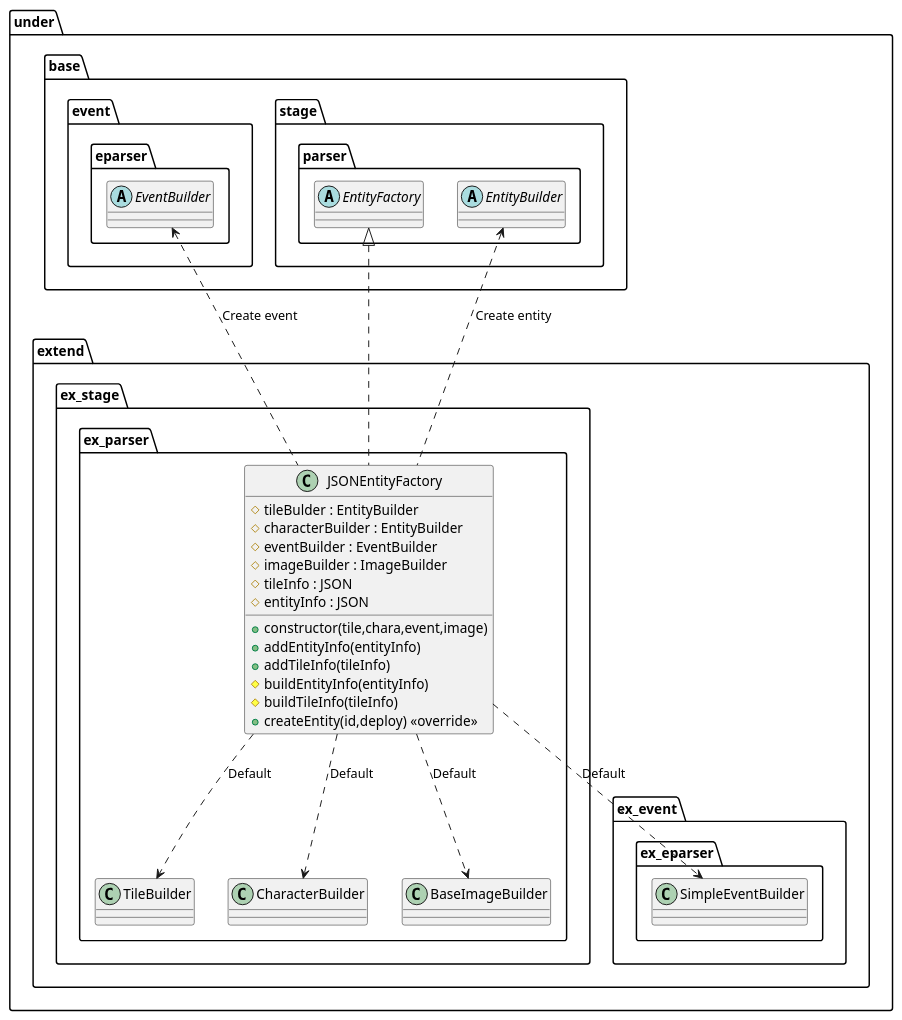
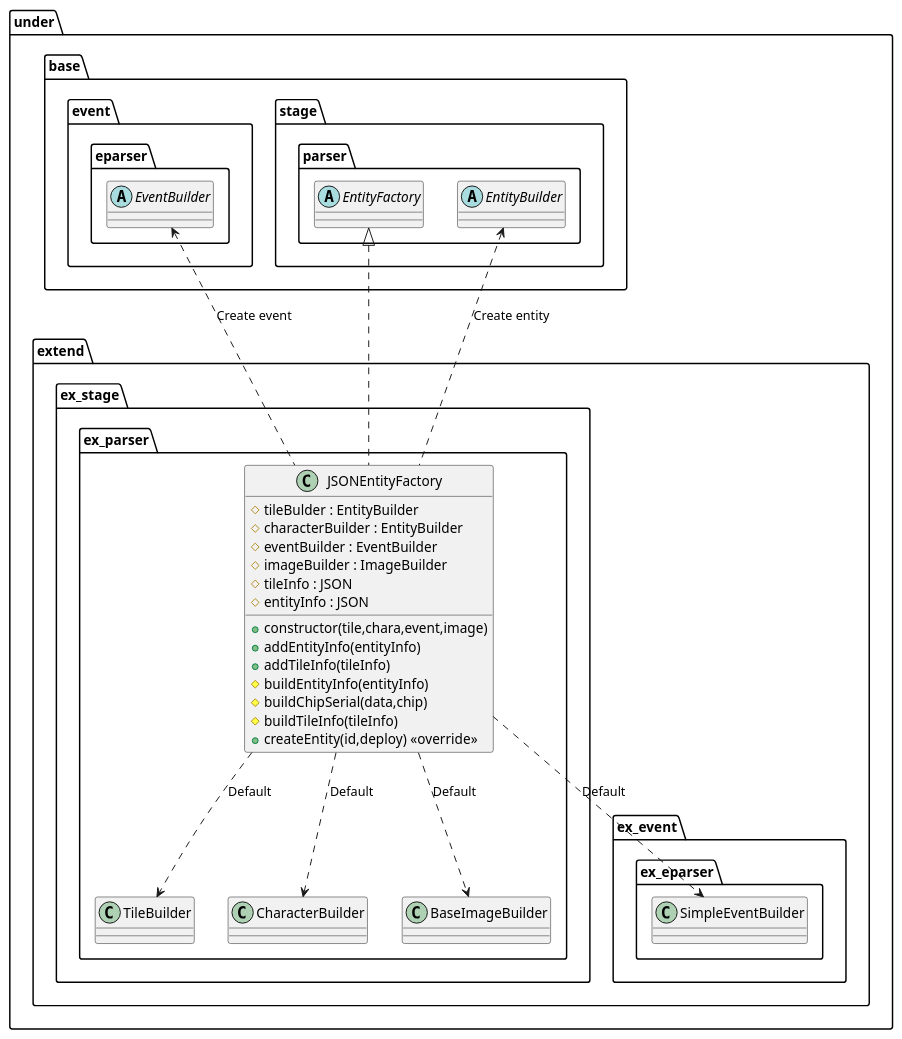
One commit to Expine/Under changed the diagram in uml/parser/Factory.wsd. Above: the diagram before and after it, drawn with PlantUML. The commit also changed 51 other files, not shown here.

```diff
--- a/uml/parser/Factory.wsd
+++ b/uml/parser/Factory.wsd
@@ -1,66 +1,67 @@
 @startuml ParserFactory
 
 package under {
     package extend {
         package ex_stage {
             package ex_parser {
                 class JSONEntityFactory {
                     +constructor(tile,chara,event,image)
                     #tileBulder : EntityBuilder
                     #characterBuilder : EntityBuilder
                     #eventBuilder : EventBuilder
                     #imageBuilder : ImageBuilder
                     #tileInfo : JSON
                     #entityInfo : JSON
                     +addEntityInfo(entityInfo)
                     +addTileInfo(tileInfo)
                     #buildEntityInfo(entityInfo)
+                    #buildChipSerial(data,chip)
                     #buildTileInfo(tileInfo)
                     +createEntity(id,deploy) <<override>>
                 }
             }
         }
     }
 }
 
 package under {
     package base {
         package event {
             package eparser {
                 abstract EventBuilder
             }
         }
         package stage {
             package parser {
                 abstract EntityFactory
                 abstract EntityBuilder
             }
         }
     }
     package extend {
         package ex_event {
             package ex_eparser {
                 class SimpleEventBuilder
             }
         }
         package ex_stage {
             package ex_parser {
                 class TileBuilder
                 class CharacterBuilder
                 class BaseImageBuilder
             }
         }
     }
 }
 
 EntityBuilder <.. JSONEntityFactory : Create entity
 EventBuilder <.. JSONEntityFactory : Create event
 
 JSONEntityFactory ..> TileBuilder : Default
 JSONEntityFactory ..> CharacterBuilder : Default
 JSONEntityFactory ..> SimpleEventBuilder : Default
 JSONEntityFactory ..> BaseImageBuilder : Default
 
 EntityFactory <|.. JSONEntityFactory
 
 @enduml
```
